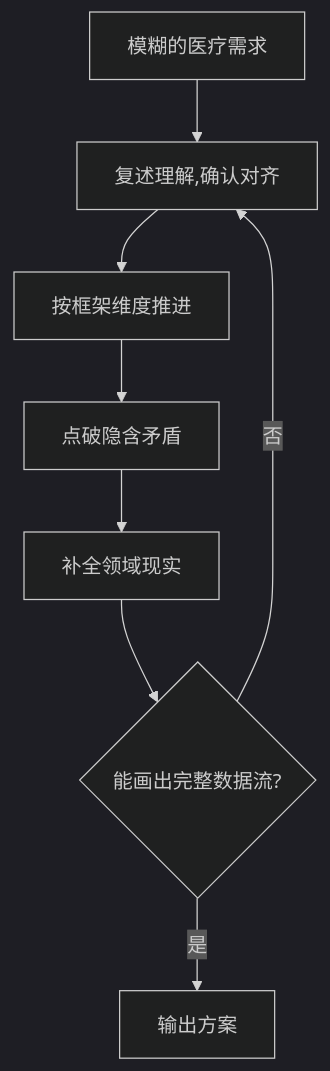
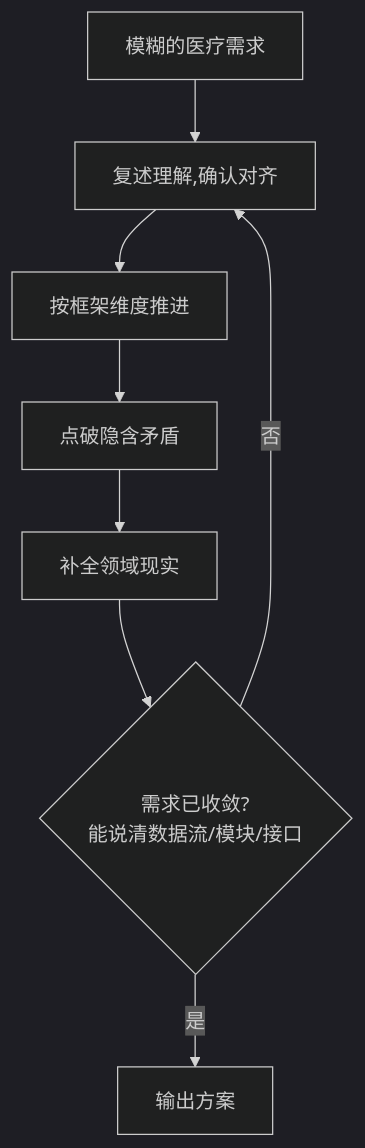
One commit to AIHongDOU/DoctorWhy changed the second of 2 diagrams in README.md. Above: the diagram before and after it, drawn with Mermaid (dark theme). The commit also changed other lines of this file and 6 other files, not shown here.

Commit message:
v4.1.0: 定位升级——示意骨架改为向交付级靠拢(标注上线缺口)；数据流图降级为内部收敛工具，输出协议第1项改架构概要；三份SKILL.md统一

````diff
--- a/README.md
+++ b/README.md
@@ -87,10 +87,10 @@
 ```mermaid
 flowchart TD
     A[模糊的医疗需求] --> B[复述理解,确认对齐]
     B --> C[按框架维度推进]
     C --> D[点破隐含矛盾]
     D --> E[补全领域现实]
-    E --> F{能画出完整数据流?}
+    E --> F{需求已收敛?<br/>能说清数据流/模块/接口}
     F -- 否 --> B
     F -- 是 --> G[输出方案]
 ```
````
